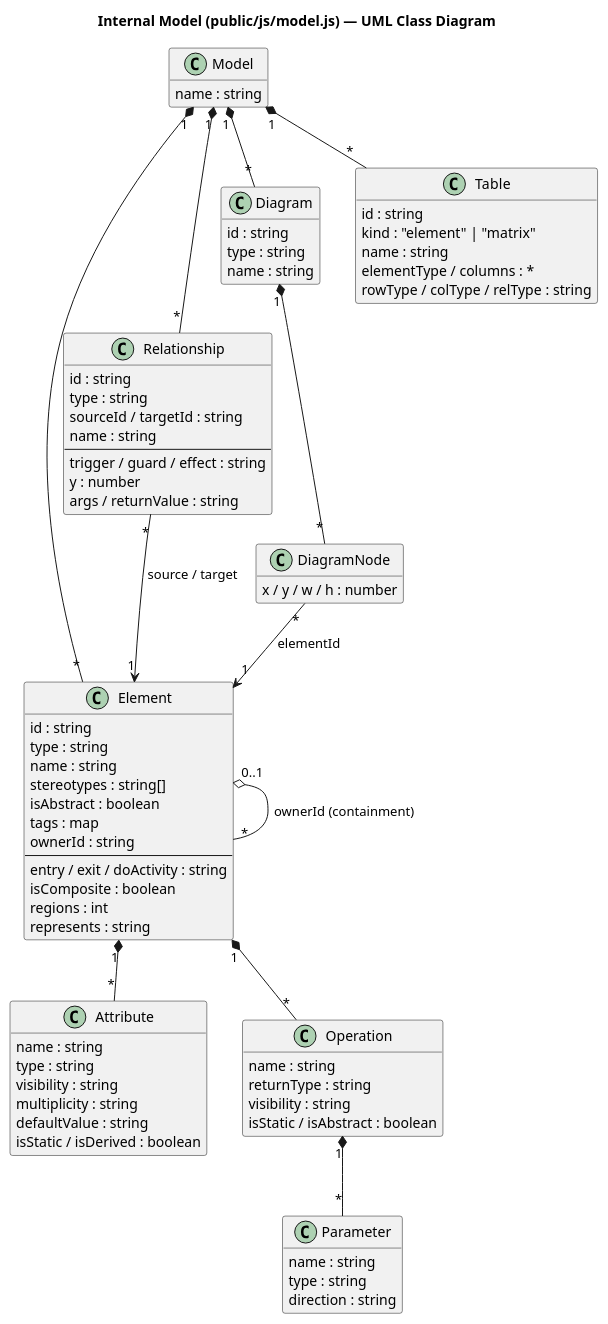
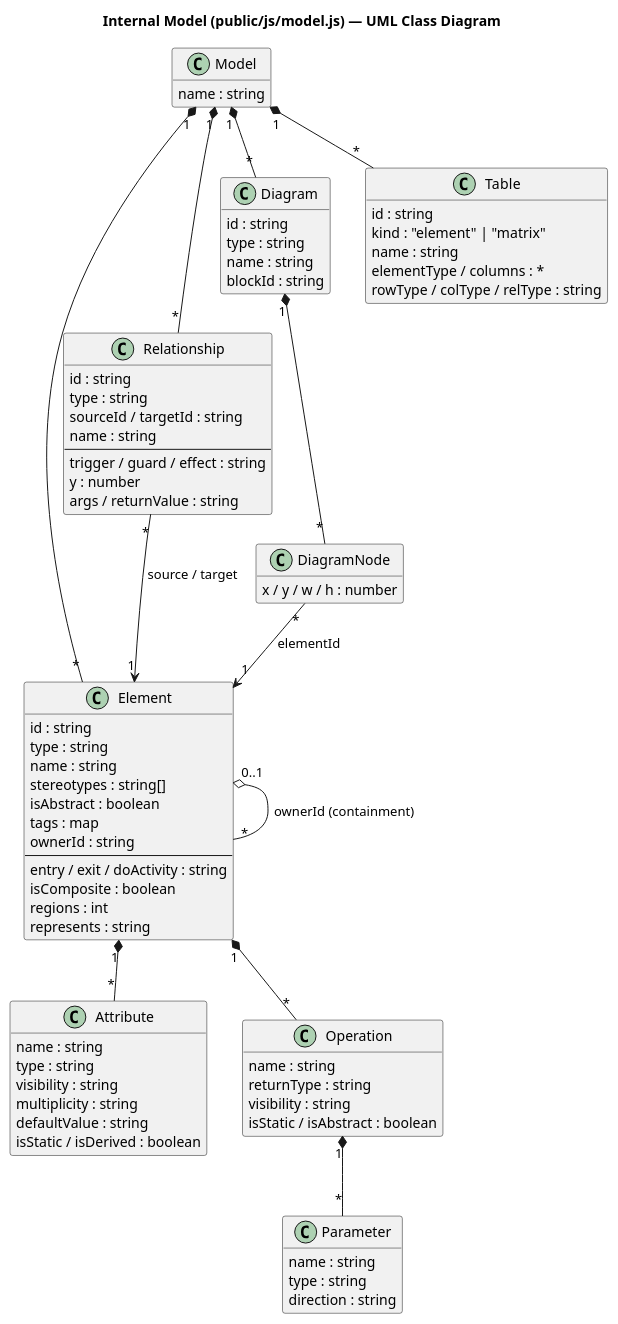
The first of 2 diagrams in docs/DATA-MODEL.md (erautiola/Orrery-Systems-Modeler), drawn with PlantUML before and after one commit. The commit also changed other lines of this file and 7 other files, not shown here.

```diff
--- a/docs/DATA-MODEL.md
+++ b/docs/DATA-MODEL.md
@@ -73,6 +73,7 @@
   id : string
   type : string
   name : string
+  blockId : string
 }
 class DiagramNode {
   x / y / w / h : number
```
